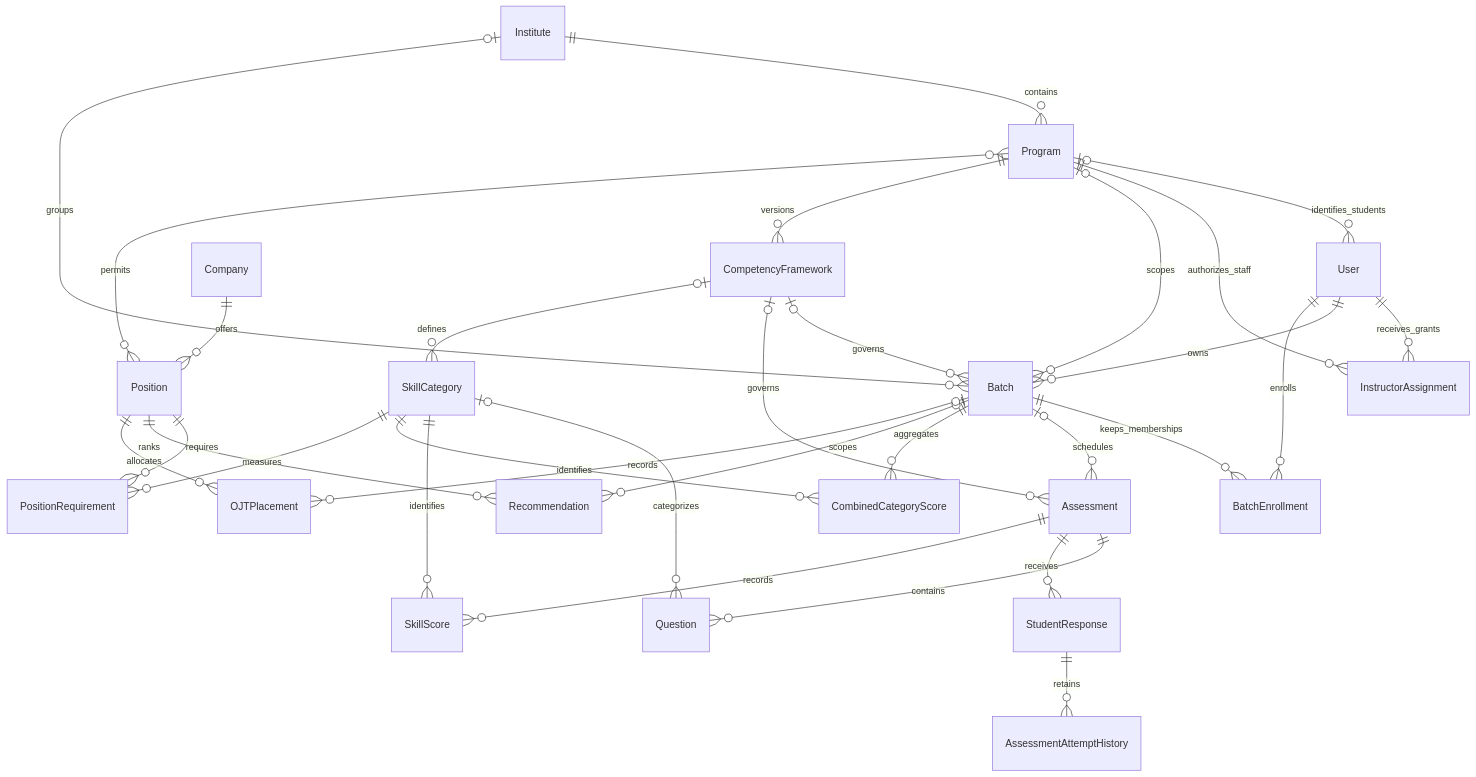
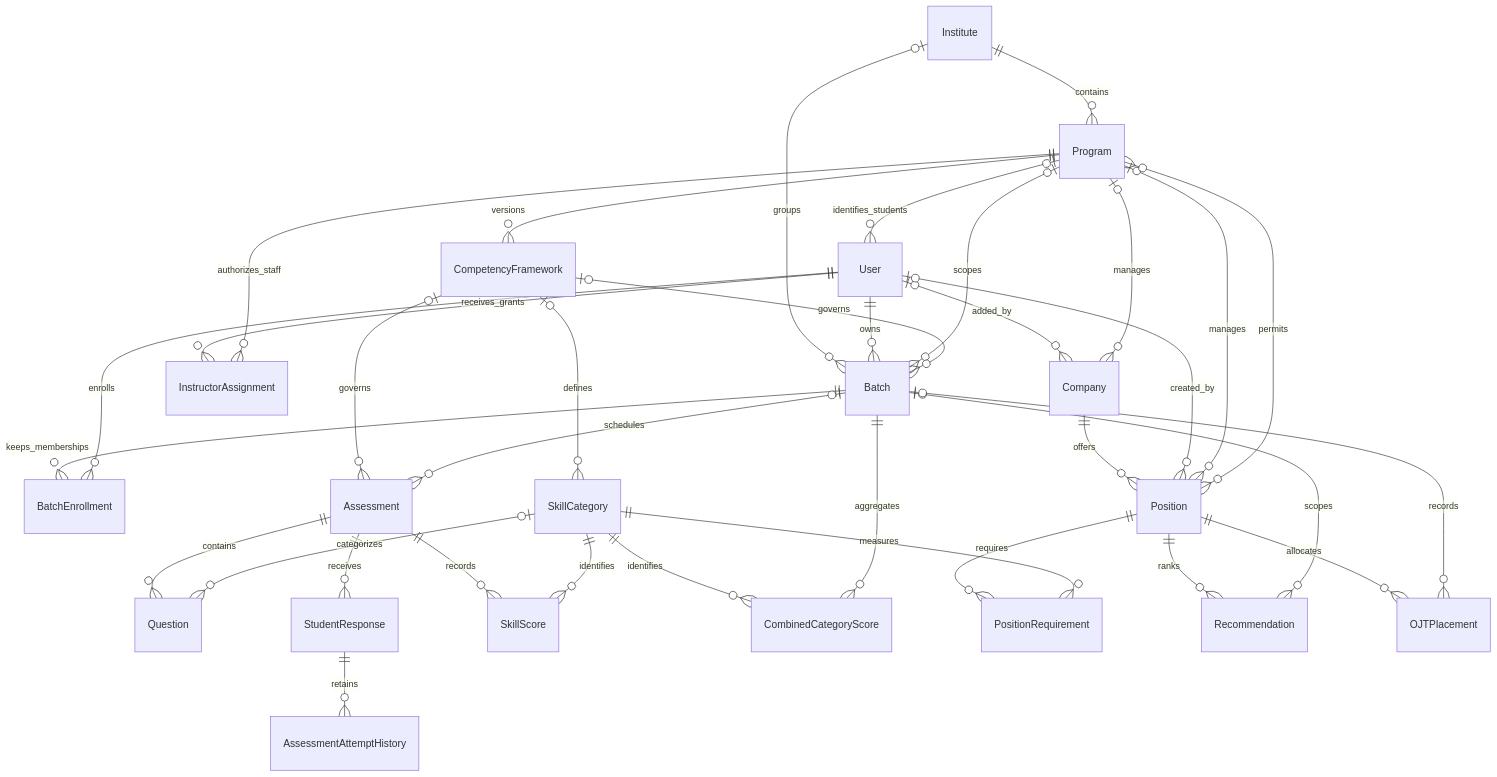
The first of 2 diagrams in refs/SkillBridge_ERD.md (Zel-jpeg/SkillBridge), drawn with Mermaid before and after one commit. The commit also changed other lines of this file and 16 other files, not shown here.

````diff
--- a/refs/SkillBridge_ERD.md
+++ b/refs/SkillBridge_ERD.md
@@ -12,33 +12,37 @@
 ```mermaid
 erDiagram
     Institute ||--o{ Program : contains
     Institute o|--o{ Batch : groups
     Program o|--o{ User : identifies_students
     User ||--o{ InstructorAssignment : receives_grants
     Program ||--o{ InstructorAssignment : authorizes_staff
     User ||--o{ Batch : owns
     Program o|--o{ Batch : scopes
     Batch ||--o{ BatchEnrollment : keeps_memberships
     User ||--o{ BatchEnrollment : enrolls
     Program ||--o{ CompetencyFramework : versions
     CompetencyFramework o|--o{ Batch : governs
     CompetencyFramework o|--o{ Assessment : governs
     CompetencyFramework o|--o{ SkillCategory : defines
     Batch o|--o{ Assessment : schedules
     Assessment ||--o{ Question : contains
     SkillCategory o|--o{ Question : categorizes
     Assessment ||--o{ StudentResponse : receives
     StudentResponse ||--o{ AssessmentAttemptHistory : retains
     Assessment ||--o{ SkillScore : records
     SkillCategory ||--o{ SkillScore : identifies
     SkillCategory ||--o{ CombinedCategoryScore : identifies
     Batch ||--o{ CombinedCategoryScore : aggregates
     Company ||--o{ Position : offers
+    User o|--o{ Company : added_by
+    User o|--o{ Position : created_by
+    Program o|--o{ Company : manages
+    Program o|--o{ Position : manages
     Program }o--o{ Position : permits
     Position ||--o{ PositionRequirement : requires
     SkillCategory ||--o{ PositionRequirement : measures
     Position ||--o{ Recommendation : ranks
     Batch o|--o{ Recommendation : scopes
     Position ||--o{ OJTPlacement : allocates
     Batch o|--o{ OJTPlacement : records
 ```
````
